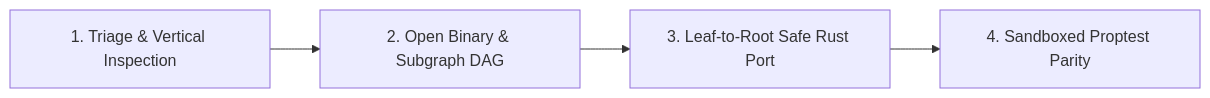
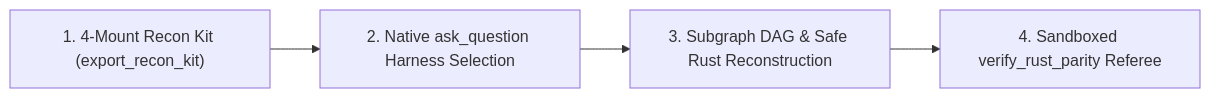
Before and after one commit to PNWcoastie/REA-Argonaut: the diagram in plugins/rea-argonaut/skills/rea-argonaut/references/argon-zerog-workflow.md, drawn with Mermaid. The commit also changed other lines of this file and 21 other files, not shown here.

````diff
--- a/plugins/rea-argonaut/skills/rea-argonaut/references/argon-zerog-workflow.md
+++ b/plugins/rea-argonaut/skills/rea-argonaut/references/argon-zerog-workflow.md
@@ -5,6 +5,6 @@
 ```mermaid
 flowchart LR
-    T["1. Triage & Vertical Inspection"] --> O["2. Open Binary & Subgraph DAG"]
-    O --> R["3. Leaf-to-Root Safe Rust Port"]
-    R --> V["4. Sandboxed Proptest Parity"]
+    R["1. 4-Mount Recon Kit (export_recon_kit)"] --> Q["2. Native ask_question Harness Selection"]
+    Q --> S["3. Subgraph DAG & Safe Rust Reconstruction"]
+    S --> V["4. Sandboxed verify_rust_parity Referee"]
 ```
````
